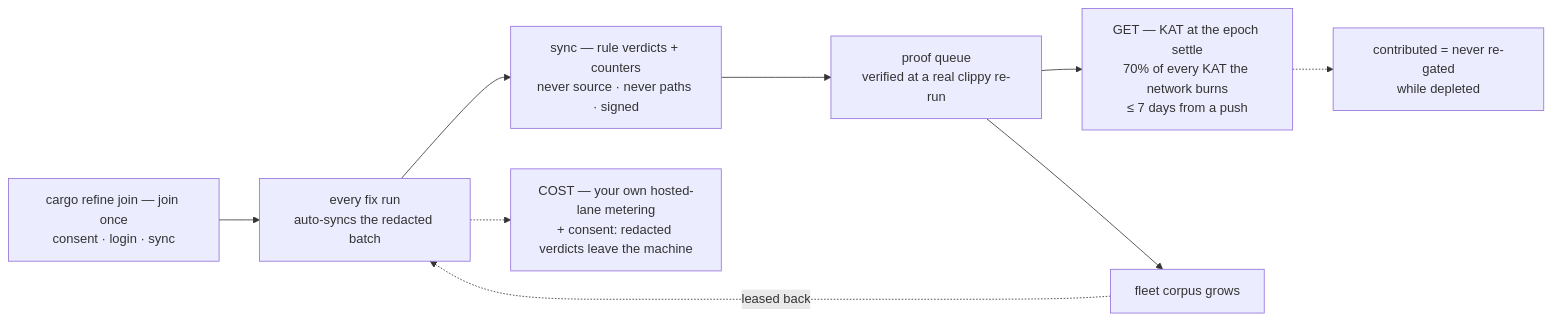
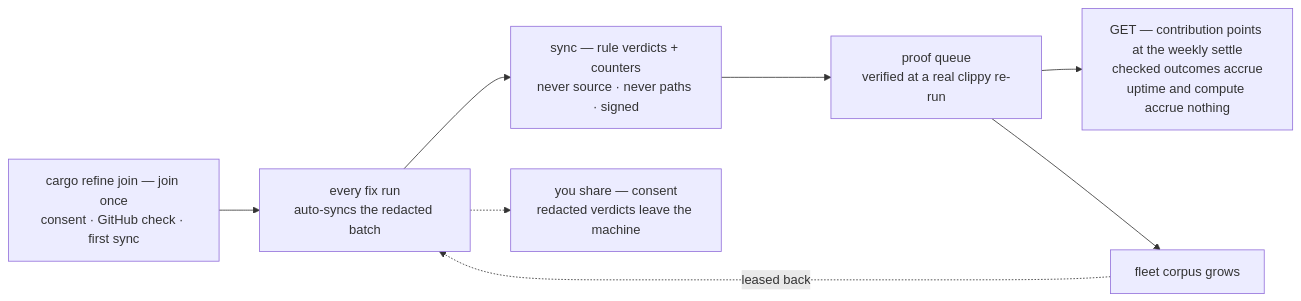
One commit to riir-ai/riir-refine changed the second of 4 diagrams in .docs/01_orientation/role_flows.md. Above: the diagram before and after it, drawn with Mermaid. The commit also changed other lines of this file and 17 other files, not shown here.

````diff
--- a/.docs/01_orientation/role_flows.md
+++ b/.docs/01_orientation/role_flows.md
@@ -121,11 +107,10 @@
 ```mermaid
 flowchart LR
-    JOIN["cargo refine join — join once<br/>consent · login · sync"] --> RUN["every fix run<br/>auto-syncs the redacted batch"]
+    JOIN["cargo refine join — join once<br/>consent · GitHub check · first sync"] --> RUN["every fix run<br/>auto-syncs the redacted batch"]
     RUN --> PUSH["sync — rule verdicts + counters<br/>never source · never paths · signed"]
     PUSH --> PROOF["proof queue<br/>verified at a real clippy re-run"]
-    PROOF --> SETTLE["GET — KAT at the epoch settle<br/>70% of every KAT the network burns<br/>≤ 7 days from a push"]
-    RUN -.-> COST["COST — your own hosted-lane metering<br/>+ consent: redacted verdicts leave the machine"]
-    SETTLE -.-> LIFT["contributed = never re-gated<br/>while depleted"]
+    PROOF --> SETTLE["GET — contribution points at the weekly settle<br/>checked outcomes accrue<br/>uptime and compute accrue nothing"]
+    RUN -.-> SHARE["you share — consent<br/>redacted verdicts leave the machine"]
     PROOF --> GROW["fleet corpus grows"]
     GROW -.->|"leased back"| RUN
 ```
````
